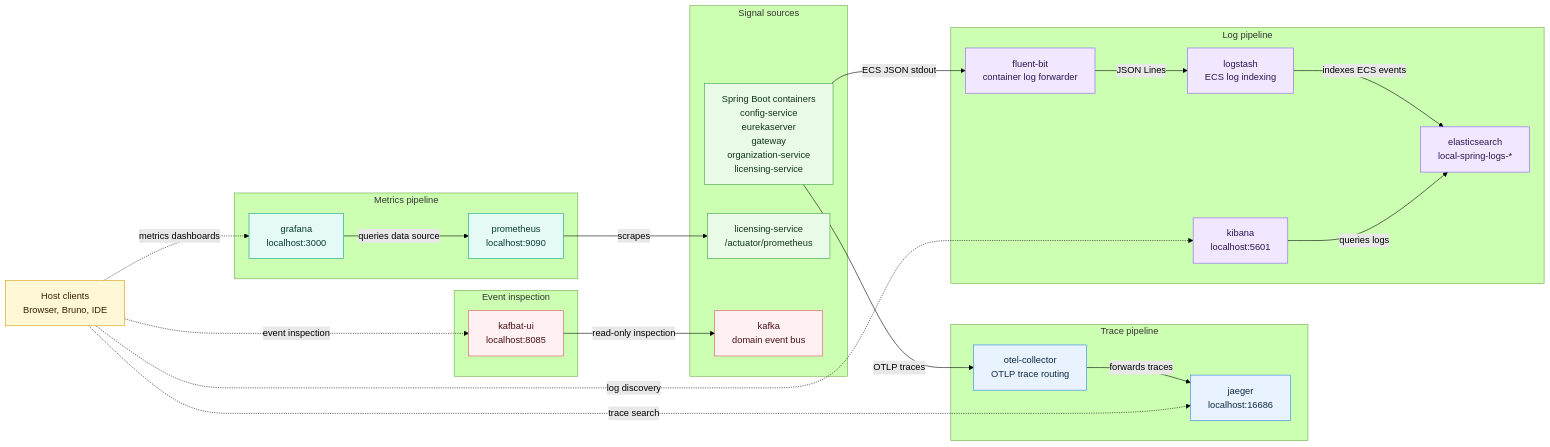
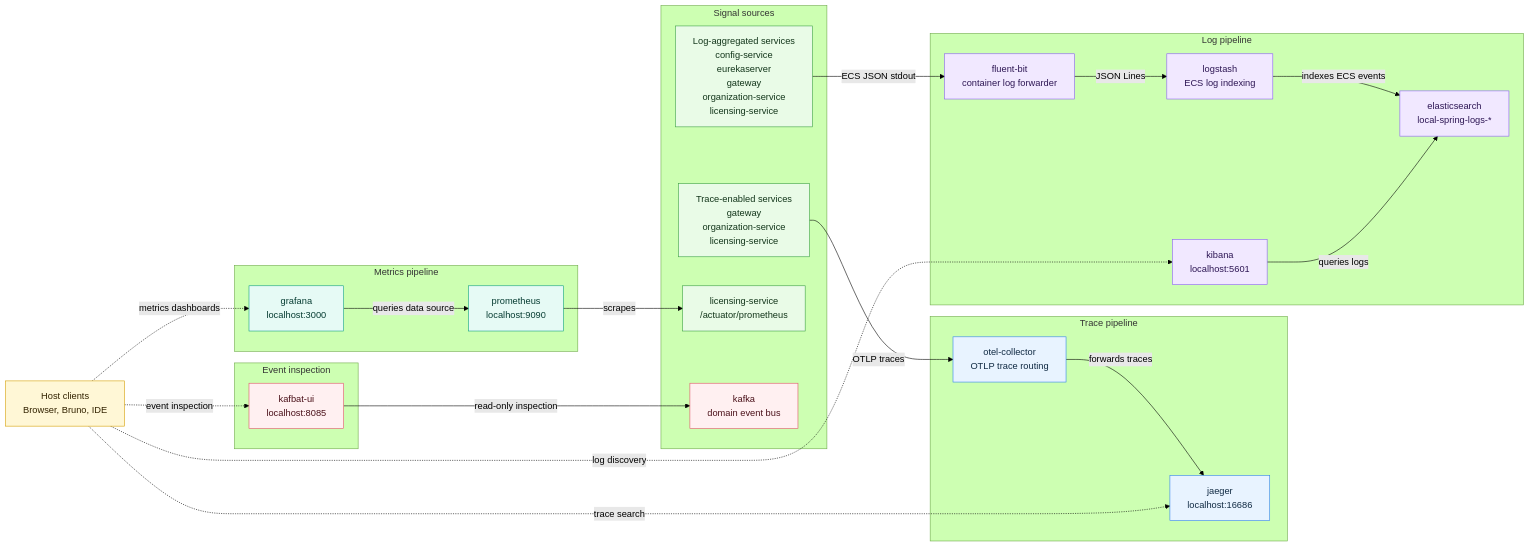
One commit to albihasani94/deployment changed the second of 2 diagrams in README.md. Above: the diagram before and after it, drawn with Mermaid (forest theme). The commit also changed other lines of this file, not shown here.

Commit message:
Update diagram

````diff
--- a/README.md
+++ b/README.md
@@ -90,62 +90,63 @@
 ```mermaid
 flowchart LR
     host["Host clients<br/>Browser, Bruno, IDE"]
 
     subgraph Sources["Signal sources"]
-        apps["Spring Boot containers<br/>config-service<br/>eurekaserver<br/>gateway<br/>organization-service<br/>licensing-service"]
+        tracedApps["Trace-enabled services<br/>gateway<br/>organization-service<br/>licensing-service"]
+        loggedApps["Log-aggregated services<br/>config-service<br/>eurekaserver<br/>gateway<br/>organization-service<br/>licensing-service"]
         licensingMetrics["licensing-service<br/>/actuator/prometheus"]
         kafka["kafka<br/>domain event bus"]
     end
 
     subgraph Traces["Trace pipeline"]
         otel["otel-collector<br/>OTLP trace routing"]
         jaeger["jaeger<br/>localhost:16686"]
     end
 
     subgraph Logs["Log pipeline"]
         fluent["fluent-bit<br/>container log forwarder"]
         logstash["logstash<br/>ECS log indexing"]
         elastic["elasticsearch<br/>local-spring-logs-*"]
         kibana["kibana<br/>localhost:5601"]
     end
 
     subgraph Metrics["Metrics pipeline"]
         prometheus["prometheus<br/>localhost:9090"]
         grafana["grafana<br/>localhost:3000"]
     end
 
     subgraph Events["Event inspection"]
         kafbat["kafbat-ui<br/>localhost:8085"]
     end
 
-    apps -->|OTLP traces| otel
+    tracedApps -->|OTLP traces| otel
     otel -->|forwards traces| jaeger
 
-    apps -->|ECS JSON stdout| fluent
+    loggedApps -->|ECS JSON stdout| fluent
     fluent -->|JSON Lines| logstash
     logstash -->|indexes ECS events| elastic
     kibana -->|queries logs| elastic
 
     prometheus -->|scrapes| licensingMetrics
     grafana -->|queries data source| prometheus
 
     kafbat -->|read-only inspection| kafka
     host -.->|trace search| jaeger
     host -.->|log discovery| kibana
     host -.->|metrics dashboards| grafana
     host -.->|event inspection| kafbat
 
     classDef hostNode fill:#fff7d6,stroke:#d59e00,color:#332300;
     classDef appNode fill:#e9fbe7,stroke:#3c9f45,color:#12351a;
     classDef traceNode fill:#e8f3ff,stroke:#2f80ed,color:#102a43;
     classDef logNode fill:#f1e8ff,stroke:#8b5cf6,color:#2d1654;
     classDef metricNode fill:#e6faf5,stroke:#0f9f83,color:#063c32;
     classDef eventNode fill:#fff0f1,stroke:#e05265,color:#4a1019;
 
     class host hostNode;
-    class apps,licensingMetrics appNode;
+    class tracedApps,loggedApps,licensingMetrics appNode;
     class otel,jaeger traceNode;
     class fluent,logstash,elastic,kibana logNode;
     class prometheus,grafana metricNode;
     class kafka,kafbat eventNode;
 ```
````
